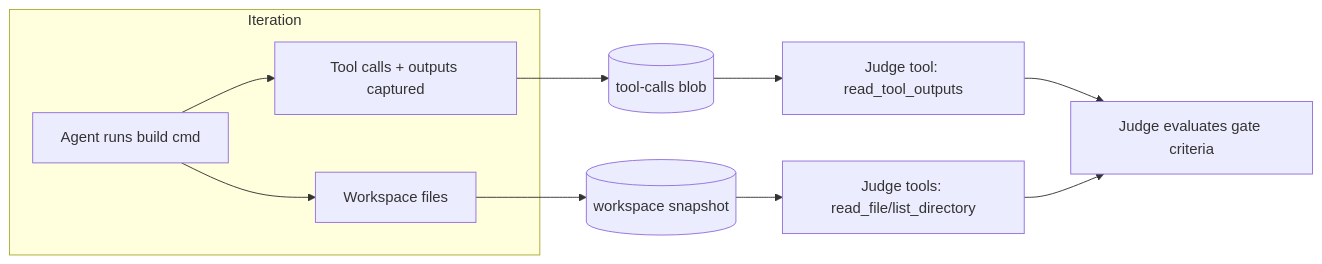
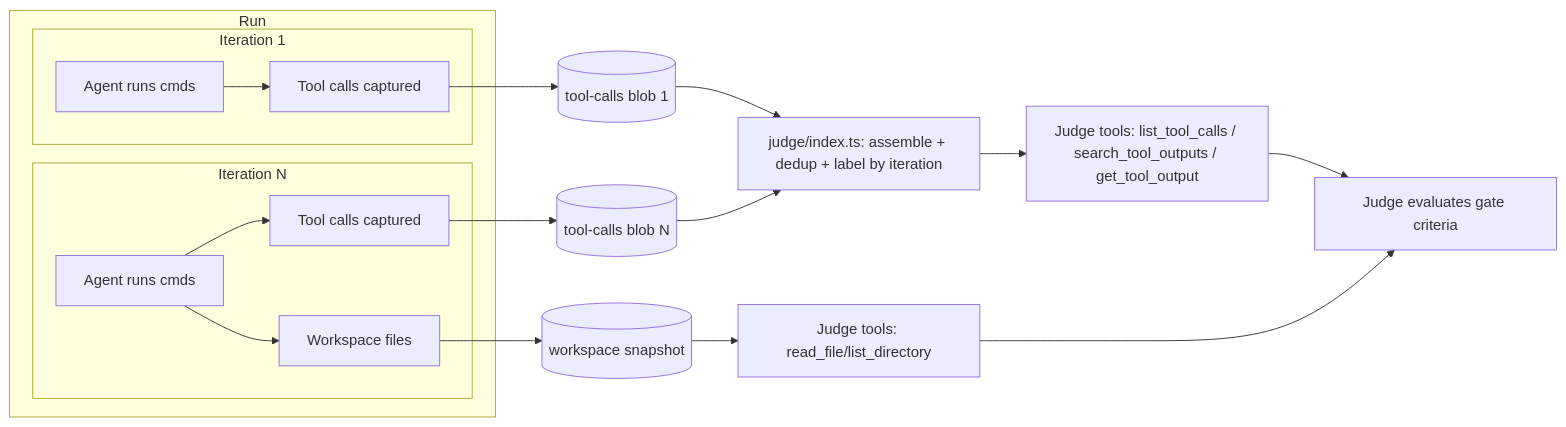
Before and after one commit to Gile987/scope: the third of 3 diagrams in docs/design/gates.md, drawn with Mermaid. The commit also changed other lines of this file and 3 other files, not shown here.

First line of the commit message:
docs: document cumulative tool calls + prior per-criterion results

````diff
--- a/docs/design/gates.md
+++ b/docs/design/gates.md
@@ -643,13 +677,21 @@
 ```mermaid
 flowchart LR
-    subgraph Iteration
-      Agent[Agent runs build cmd] --> TC[Tool calls + outputs captured]
-      Agent --> WS[Workspace files]
+    subgraph Run
+      subgraph It1[Iteration 1]
+        A1[Agent runs cmds] --> TC1[Tool calls captured]
+      end
+      subgraph ItN[Iteration N]
+        AN[Agent runs cmds] --> TCN[Tool calls captured]
+        AN --> WS[Workspace files]
+      end
     end
-    TC --> Blob[(tool-calls blob)]
+    TC1 --> B1[(tool-calls blob 1)]
+    TCN --> BN[(tool-calls blob N)]
     WS --> Snapshot[(workspace snapshot)]
-    Blob --> JT[Judge tool: read_tool_outputs]
+    B1 --> Assemble[judge/index.ts: assemble + dedup + label by iteration]
+    BN --> Assemble
+    Assemble --> JT[Judge tools: list_tool_calls / search_tool_outputs / get_tool_output]
     Snapshot --> JF[Judge tools: read_file/list_directory]
     JT --> Eval[Judge evaluates gate criteria]
     JF --> Eval
 ```
````
